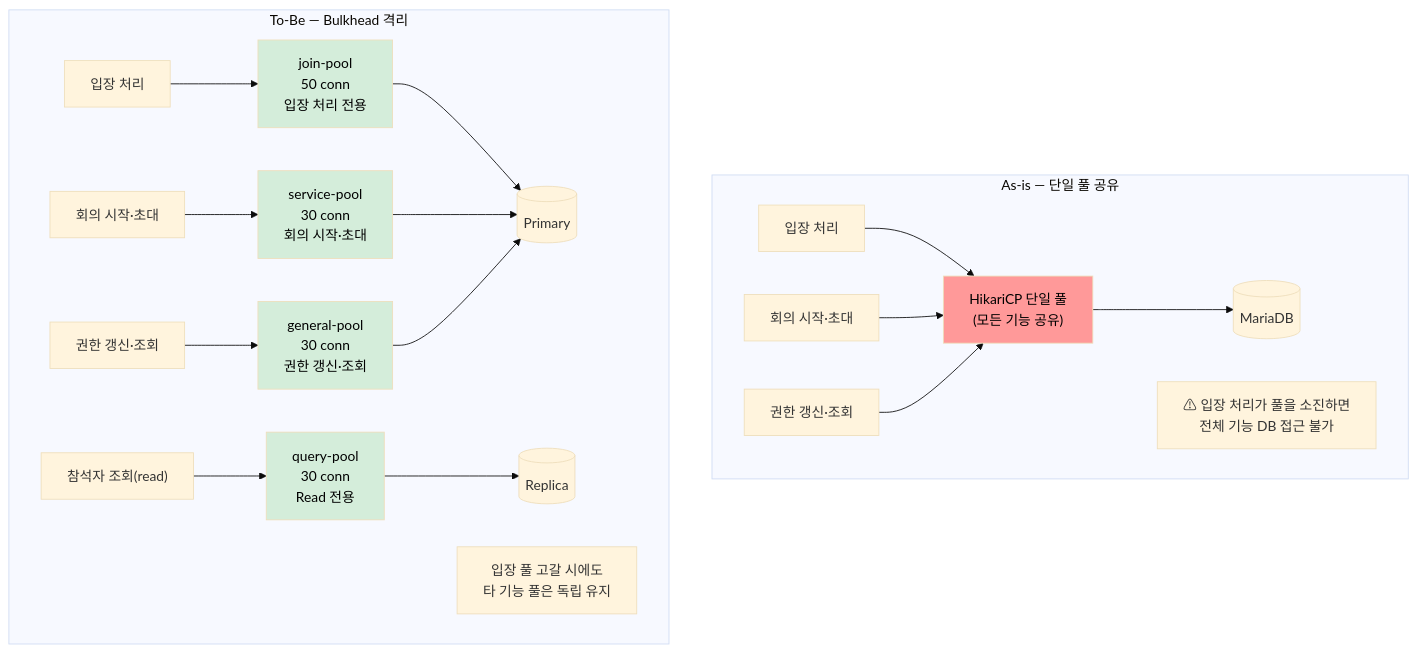
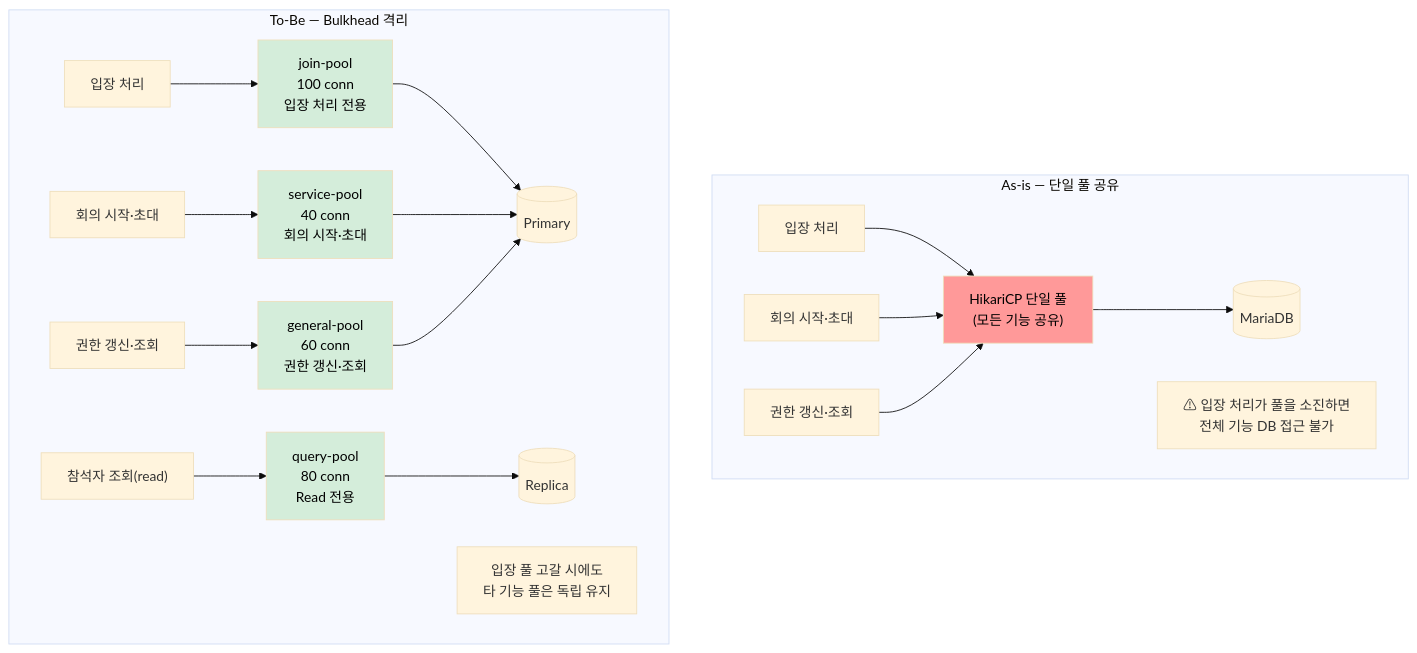
One commit to sujinnkim/A_Personal changed the fourth of 4 diagrams in docs/04-architecture-analysis/3.2-problem-analysis-and-strategy/AS-08-기능별커넥션스레드격벽분리.md. Above: the diagram before and after it, drawn with Mermaid (base theme). The commit also changed other lines of this file and 181 other files, not shown here.

````diff
--- a/docs/04-architecture-analysis/3.2-problem-analysis-and-strategy/AS-08-기능별커넥션스레드격벽분리.md
+++ b/docs/04-architecture-analysis/3.2-problem-analysis-and-strategy/AS-08-기능별커넥션스레드격벽분리.md
@@ -116,31 +102,31 @@
 ```mermaid
 flowchart TD
     subgraph BEFORE["As-is — 단일 풀 공유"]
         BP["HikariCP 단일 풀\n(모든 기능 공유)"]
         B1["입장 처리"] --> BP
         B2["회의 시작·초대"] --> BP
         B3["권한 갱신·조회"] --> BP
         BP --> BDB[("MariaDB")]
         NOTE_B["⚠ 입장 처리가 풀을 소진하면\n전체 기능 DB 접근 불가"]
     end
 
     subgraph AFTER["To-Be — Bulkhead 격리"]
-        JP["join-pool\n50 conn\n입장 처리 전용"]
-        SP["service-pool\n30 conn\n회의 시작·초대"]
-        GP["general-pool\n30 conn\n권한 갱신·조회"]
-        QP["query-pool\n30 conn\nRead 전용"]
+        JP["join-pool\n100 conn\n입장 처리 전용"]
+        SP["service-pool\n40 conn\n회의 시작·초대"]
+        GP["general-pool\n60 conn\n권한 갱신·조회"]
+        QP["query-pool\n80 conn\nRead 전용"]
         A1["입장 처리"] --> JP
         A2["회의 시작·초대"] --> SP
         A3["권한 갱신·조회"] --> GP
         A4["참석자 조회(read)"] --> QP
         JP & SP & GP --> APRI[("Primary")]
         QP --> AREP[("Replica")]
         NOTE_A["입장 풀 고갈 시에도\n타 기능 풀은 독립 유지"]
     end
 
     style JP fill:#d4edda,color:#000
     style SP fill:#d4edda,color:#000
     style GP fill:#d4edda,color:#000
     style QP fill:#d4edda,color:#000
     style BP fill:#ff9999,color:#000
 ```
````
